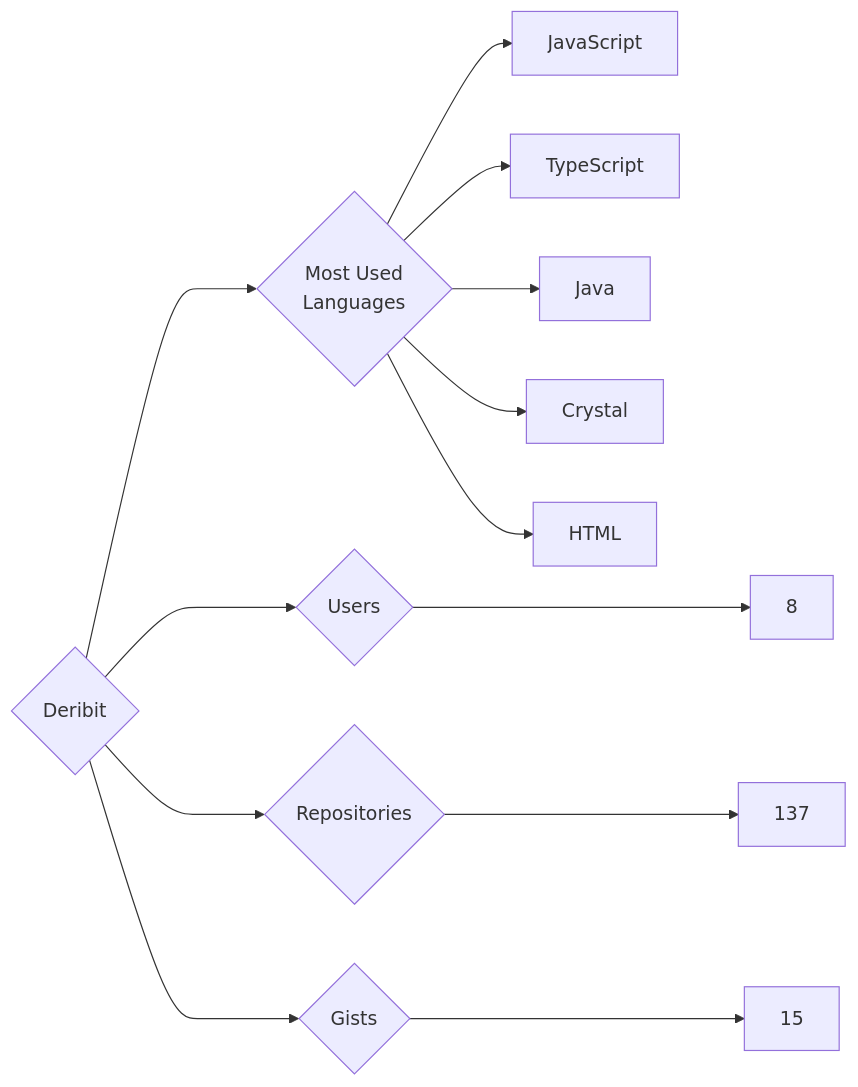
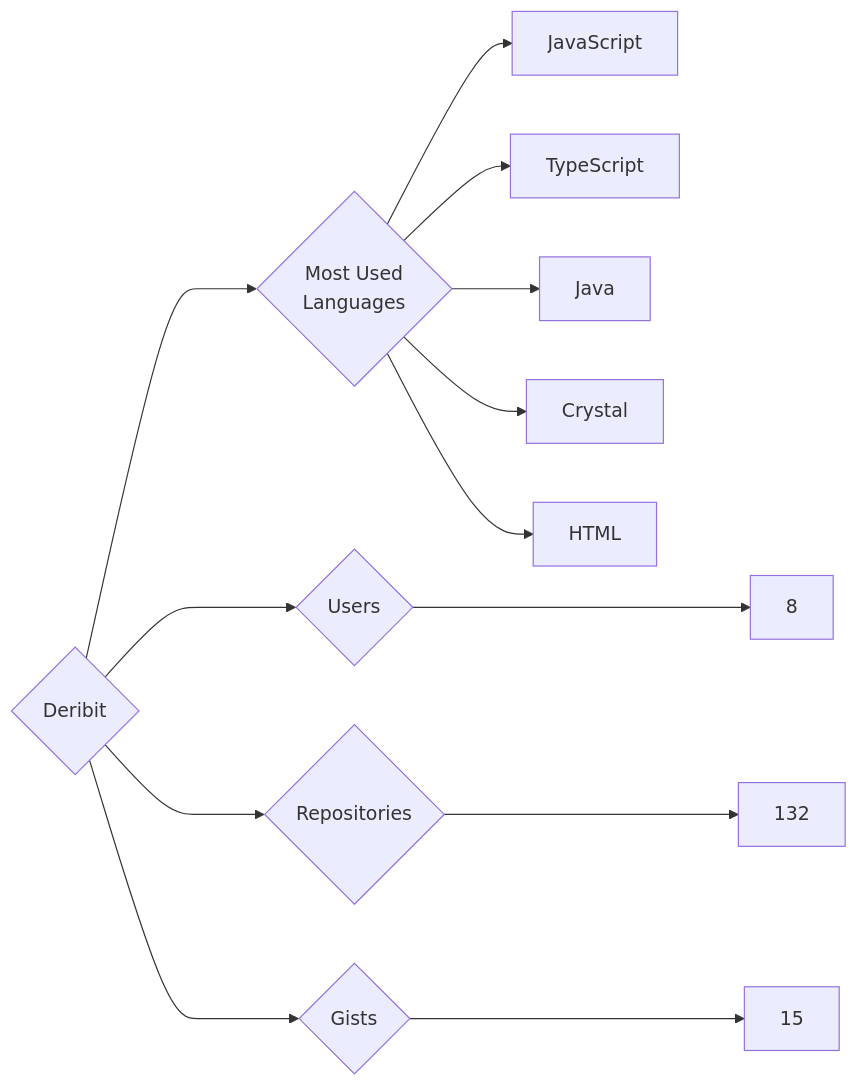
Before and after one commit to trickest/insiders: the diagram in targets/Deribit/README.md, drawn with Mermaid. The commit also changed 861 other files, not shown here.

````diff
--- a/targets/Deribit/README.md
+++ b/targets/Deribit/README.md
@@ -3,13 +3,13 @@
 ```mermaid
 graph LR
 COMPANY_NAME{Deribit}
 COMPANY_NAME ---> U{Users} ---> UN[8]
-COMPANY_NAME ---> R{Repositories} ---> RN[137]
+COMPANY_NAME ---> R{Repositories} ---> RN[132]
 COMPANY_NAME ---> G{Gists} ---> GN[15]
 COMPANY_NAME ---> ML{Most Used<br>Languages}
 ML --> JavaScript[JavaScript]
 ML --> TypeScript[TypeScript]
 ML --> Java[Java]
 ML --> Crystal[Crystal]
 ML --> HTML[HTML]
 ```
````
